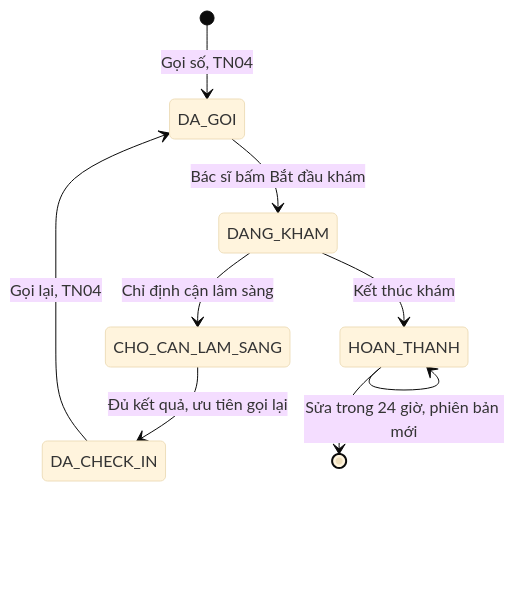
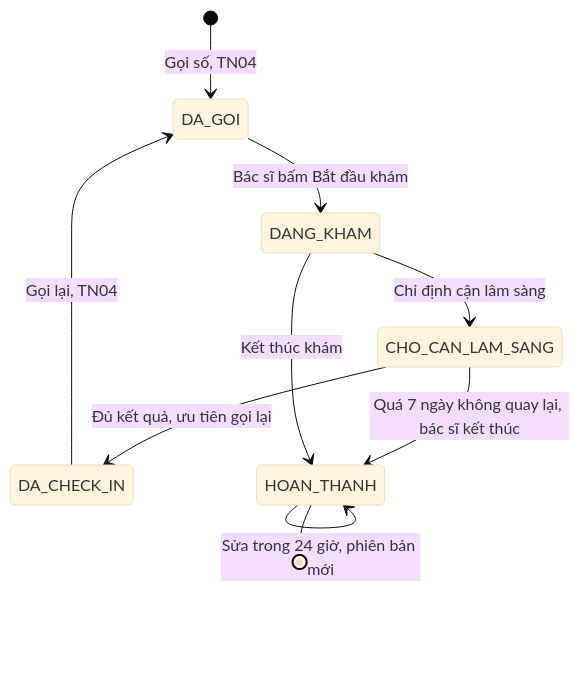
The first of 6 diagrams in docs/TN05-kham-ghi-nhan-ket-qua/SRS.md (uxfoundation-vn/de07-dat-lich-kham-phong-kham), drawn with Mermaid (base theme) before and after one commit. The commit also changed other lines of this file and 4 other files, not shown here.

````diff
--- a/docs/TN05-kham-ghi-nhan-ket-qua/SRS.md
+++ b/docs/TN05-kham-ghi-nhan-ket-qua/SRS.md
@@ -52,11 +52,12 @@
 ```mermaid
 stateDiagram-v2
   [*] --> DA_GOI : Gọi số, TN04
   DA_GOI --> DANG_KHAM : Bác sĩ bấm Bắt đầu khám
   DANG_KHAM --> CHO_CAN_LAM_SANG : Chỉ định cận lâm sàng
   CHO_CAN_LAM_SANG --> DA_CHECK_IN : Đủ kết quả, ưu tiên gọi lại
+  CHO_CAN_LAM_SANG --> HOAN_THANH : Quá 7 ngày không quay lại, bác sĩ kết thúc
   DA_CHECK_IN --> DA_GOI : Gọi lại, TN04
   DANG_KHAM --> HOAN_THANH : Kết thúc khám
   HOAN_THANH --> HOAN_THANH : Sửa trong 24 giờ, phiên bản mới
   HOAN_THANH --> [*]
 ```
````
